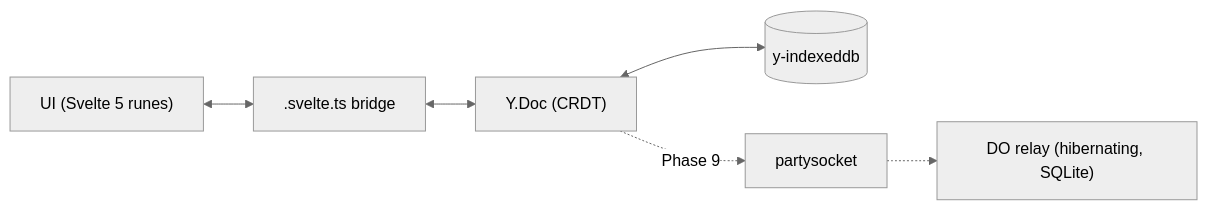
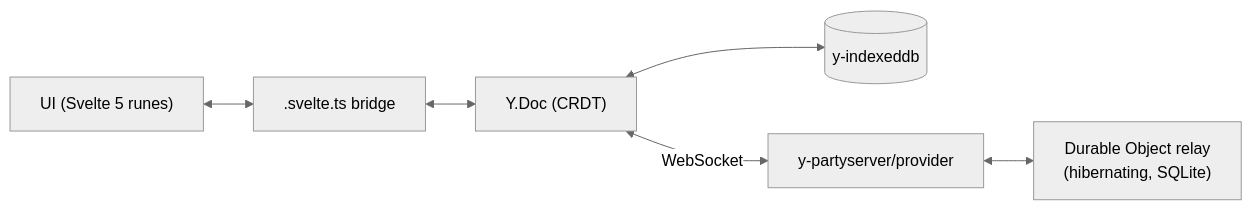
One commit to elbay-malik/SyncTicket changed the first of 2 diagrams in README.md. Above: the diagram before and after it, drawn with Mermaid (neutral theme). The commit also changed other lines of this file and 1 other file, not shown here.

````diff
--- a/README.md
+++ b/README.md
@@ -19,8 +19,8 @@
 ```mermaid
 flowchart LR
     UI["UI (Svelte 5 runes)"] <--> Bridge[".svelte.ts bridge"]
     Bridge <--> Doc["Y.Doc (CRDT)"]
     Doc <--> IDB[("y-indexeddb")]
-    Doc -.->|"Phase 9"| PS["partysocket"]
-    PS -.-> DO["DO relay (hibernating, SQLite)"]
+    Doc <-->|"WebSocket"| Provider["y-partyserver/provider"]
+    Provider <--> DO["Durable Object relay\n(hibernating, SQLite)"]
 ```
````
